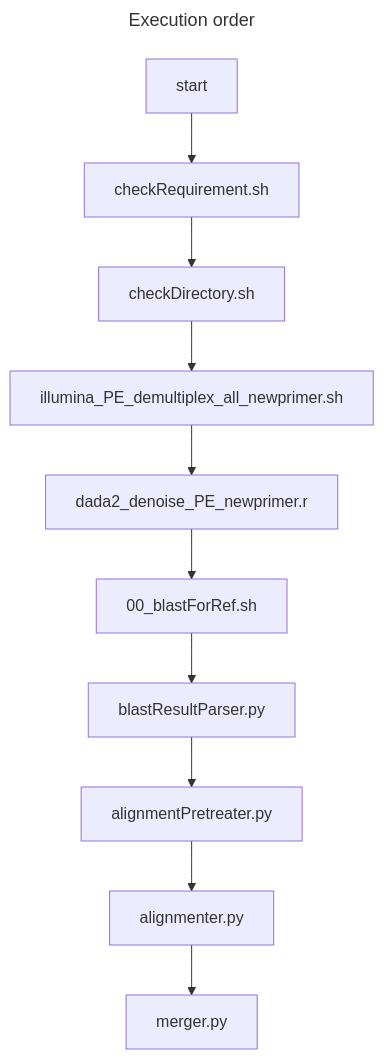
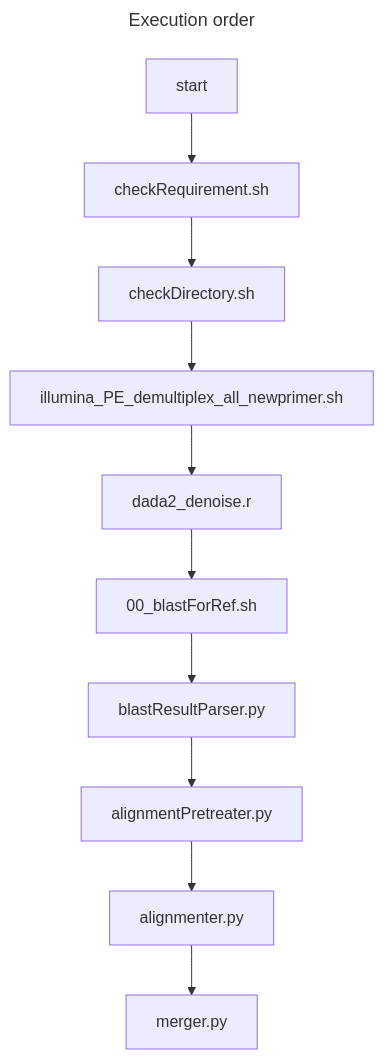
One commit to PowerBarcoder/PowerBarcoder changed the first of 2 diagrams in main/readme.md. Above: the diagram before and after it, drawn with Mermaid. The commit also changed 4 other files, not shown here.

Commit message:
[dada2] denoise module refactor, 減少檔案數量, 提升可維護性

````diff
--- a/main/readme.md
+++ b/main/readme.md
@@ -104,15 +104,15 @@
 ```mermaid
 ---
 title: Execution order
 ---
  graph TD
     A[start] -->B[checkRequirement.sh]
     B --> C[checkDirectory.sh]
     C --> D[illumina_PE_demultiplex_all_newprimer.sh]
-    D --> E[dada2_denoise_PE_newprimer.r]
+    D --> E[dada2_denoise.r]
     E --> F[00_blastForRef.sh]
     F --> G[blastResultParser.py]
     G --> H[alignmentPretreater.py]
     H --> I[alignmenter.py]
     I --> J[merger.py]
 ```
````
